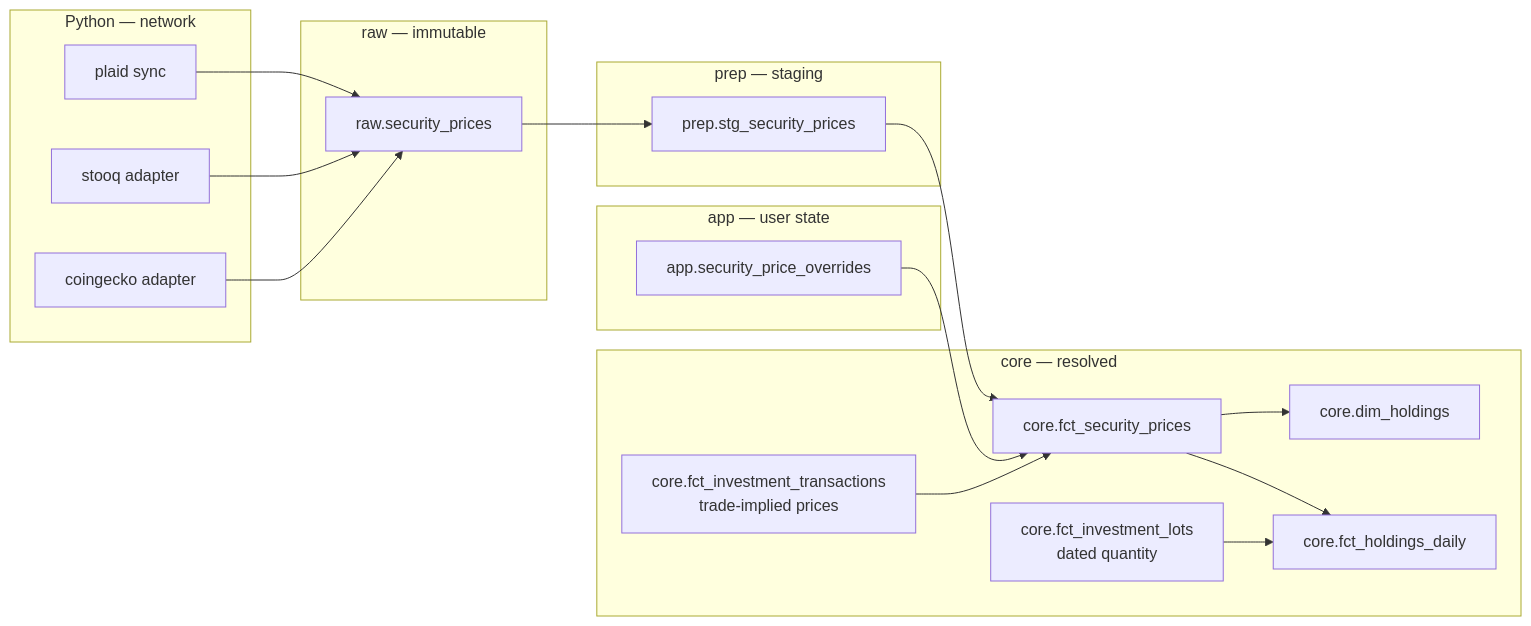
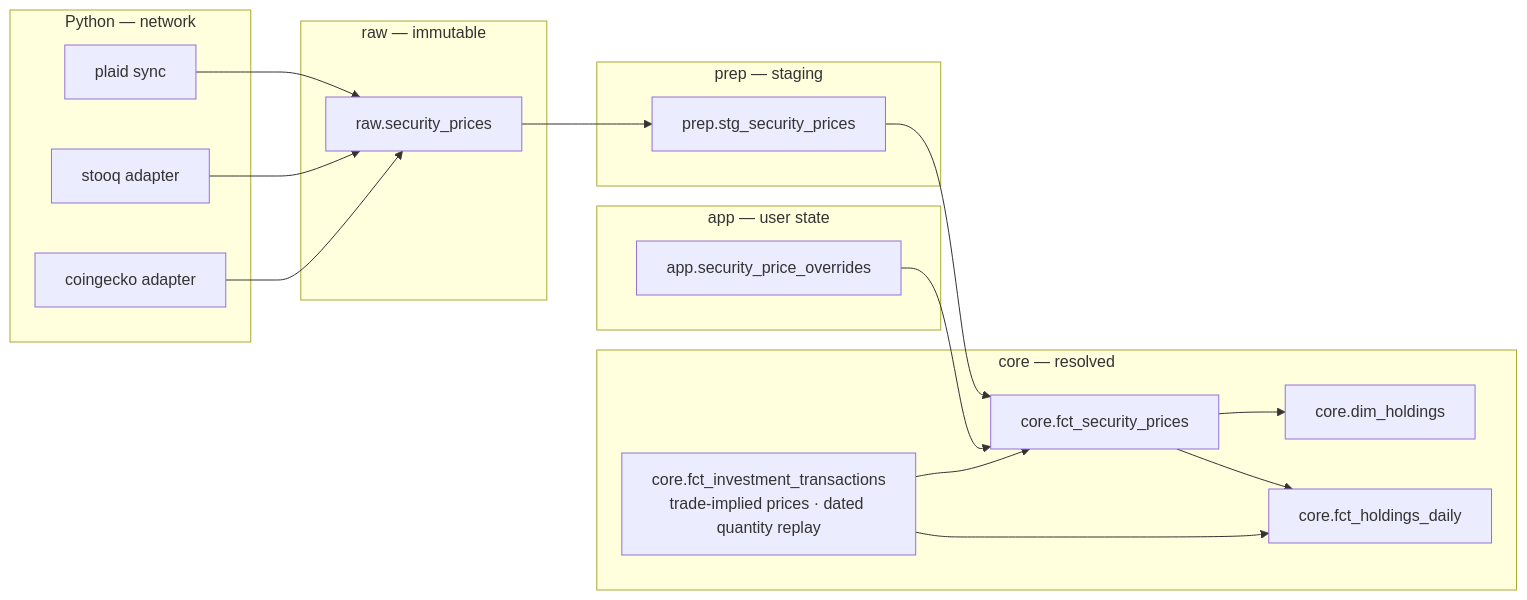
Before and after one commit to bsaffel/moneybin: the diagram in docs/specs/investments-price-feeds.md, drawn with Mermaid. The commit also changed other lines of this file, not shown here.

````diff
--- a/docs/specs/investments-price-feeds.md
+++ b/docs/specs/investments-price-feeds.md
@@ -90,34 +90,33 @@
 ```mermaid
 flowchart LR
     subgraph fetch["Python — network"]
         P["plaid sync"]
         S["stooq adapter"]
         C["coingecko adapter"]
     end
     subgraph rawl["raw — immutable"]
         R["raw.security_prices"]
     end
     subgraph prepl["prep — staging"]
         G["prep.stg_security_prices"]
     end
     subgraph appl["app — user state"]
         O["app.security_price_overrides"]
     end
     subgraph corel["core — resolved"]
-        L["core.fct_investment_transactions<br/>trade-implied prices"]
-        Q["core.fct_investment_lots<br/>dated quantity"]
+        L["core.fct_investment_transactions<br/>trade-implied prices · dated quantity replay"]
         F["core.fct_security_prices"]
         H["core.dim_holdings"]
         D["core.fct_holdings_daily"]
     end
     P --> R
     S --> R
     C --> R
     R --> G
     G --> F
     O --> F
     L --> F
     F --> H
     F --> D
-    Q --> D
+    L --> D
 ```
````
